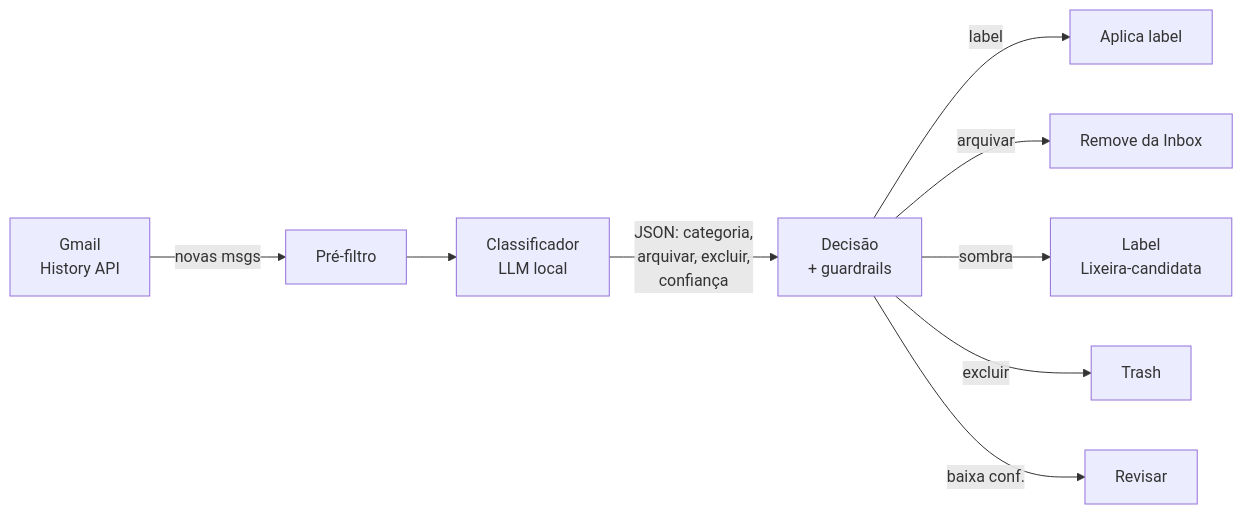
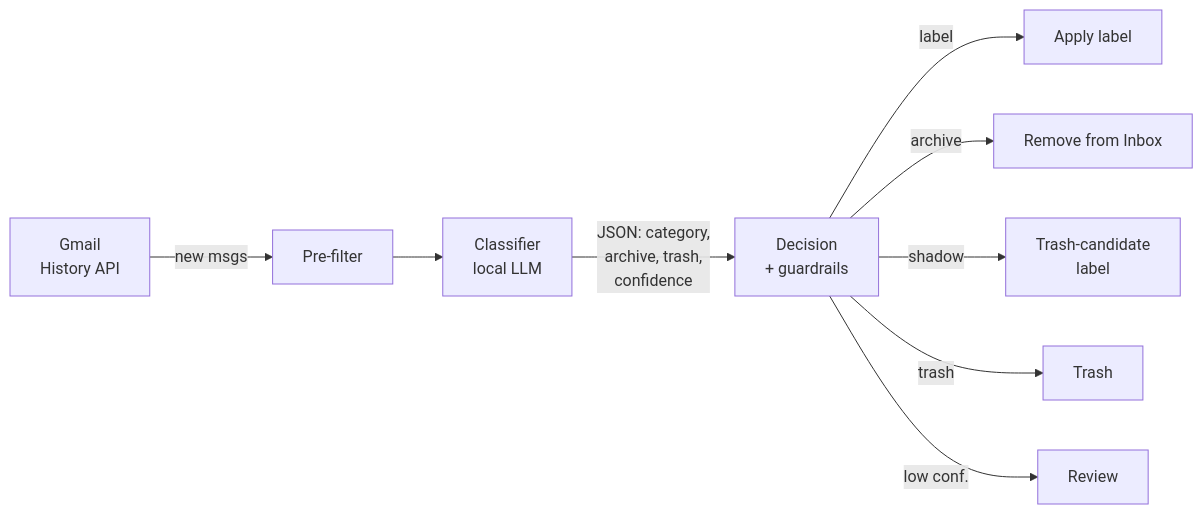
Before and after one commit to Rhaiderr/polaris: the diagram in README.md, drawn with Mermaid. The commit also changed other lines of this file and 19 other files, not shown here.

````diff
--- a/README.md
+++ b/README.md
@@ -22,11 +25,11 @@
 ```mermaid
 flowchart LR
-    A[Gmail<br/>History API] -->|novas msgs| B[Pré-filtro]
-    B --> C[Classificador<br/>LLM local]
-    C -->|JSON: categoria,<br/>arquivar, excluir,<br/>confiança| D[Decisão<br/>+ guardrails]
-    D -->|label| E[Aplica label]
-    D -->|arquivar| F[Remove da Inbox]
-    D -->|sombra| G[Label<br/>Lixeira-candidata]
-    D -->|excluir| H[Trash]
-    D -->|baixa conf.| I[Revisar]
+    A[Gmail<br/>History API] -->|new msgs| B[Pre-filter]
+    B --> C[Classifier<br/>local LLM]
+    C -->|JSON: category,<br/>archive, trash,<br/>confidence| D[Decision<br/>+ guardrails]
+    D -->|label| E[Apply label]
+    D -->|archive| F[Remove from Inbox]
+    D -->|shadow| G[Trash-candidate<br/>label]
+    D -->|trash| H[Trash]
+    D -->|low conf.| I[Review]
 ```
````
